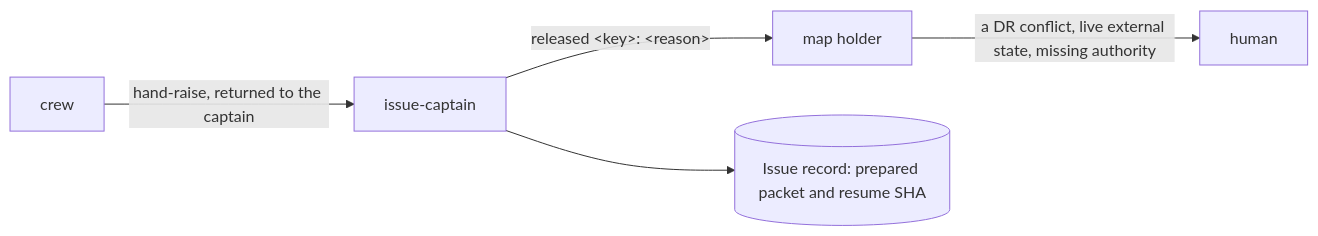
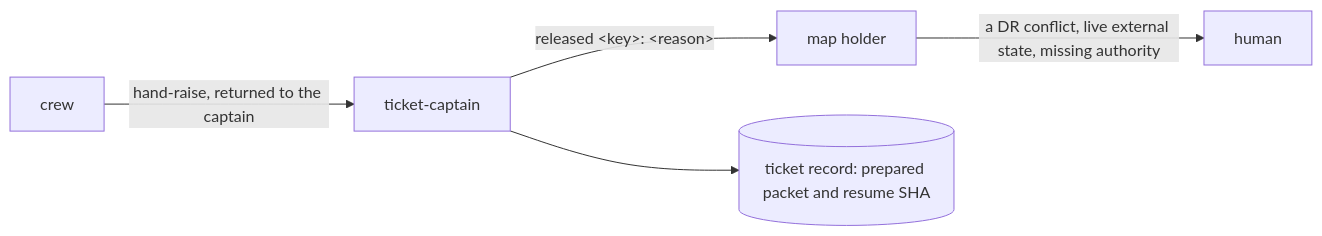
The tenth of 12 diagrams in dydo/understand/control-flow.md (bodnarbalazs/dydo), drawn with Mermaid before and after one commit. The commit also changed other lines of this file and 4 other files, not shown here.

````diff
--- a/dydo/understand/control-flow.md
+++ b/dydo/understand/control-flow.md
@@ -615,7 +615,7 @@
 ```mermaid
 flowchart LR
-  W[crew] -->|hand-raise, returned to the captain| C[issue-captain]
+  W[crew] -->|hand-raise, returned to the captain| C[ticket-captain]
   C -->|released &lt;key&gt;: &lt;reason&gt;| A[map holder]
-  C --> R[(Issue record: prepared packet and resume SHA)]
+  C --> R[(ticket record: prepared packet and resume SHA)]
   A -->|a DR conflict, live external state, missing authority| H[human]
 ```
````
